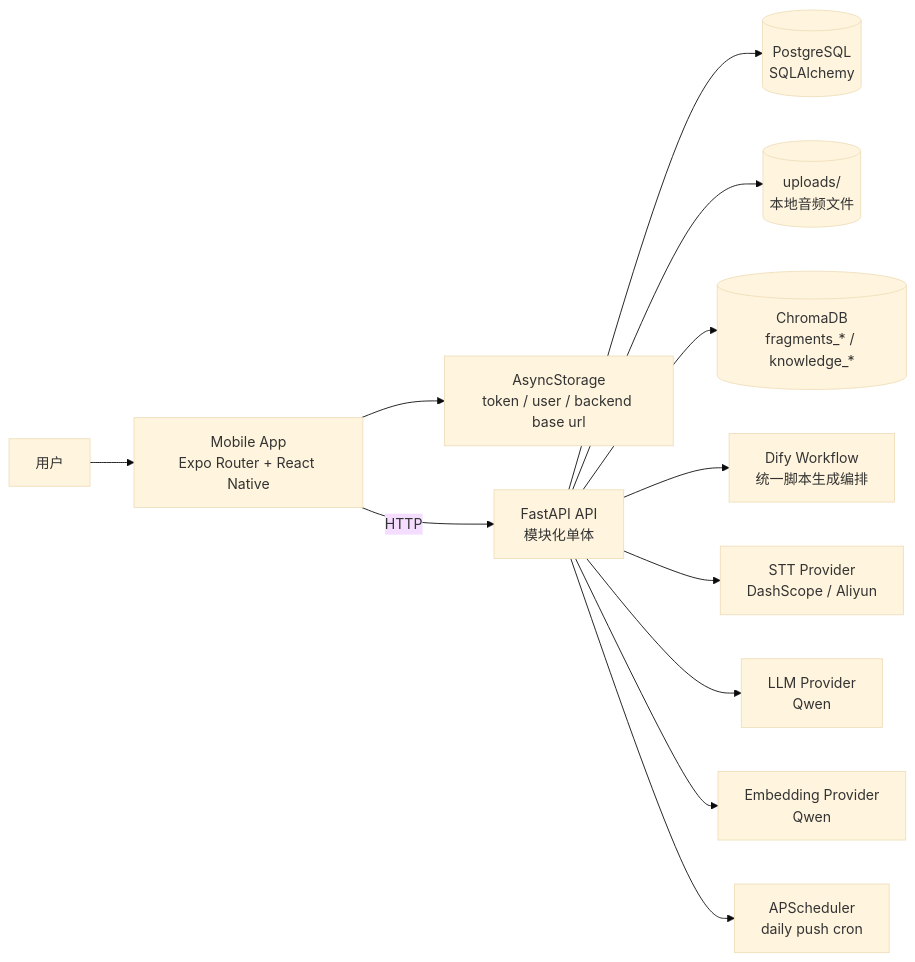
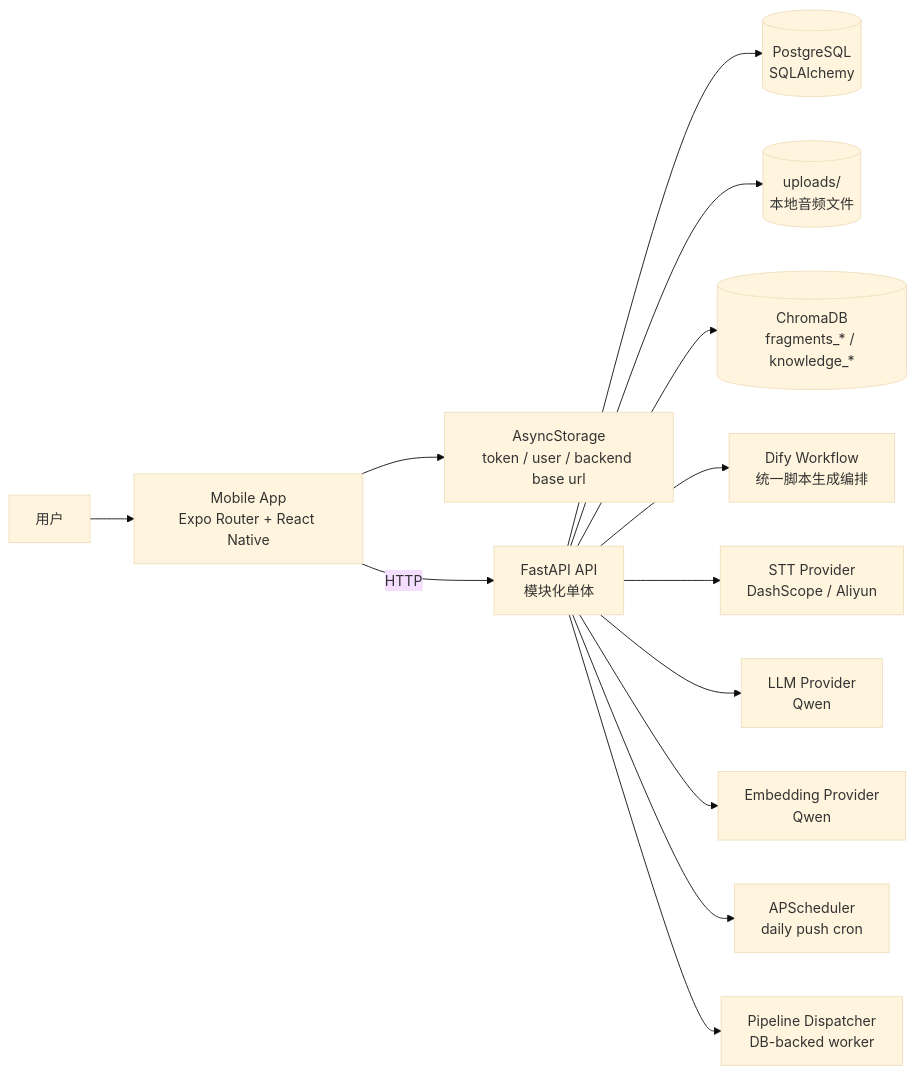
Before and after one commit to YCZA2/SparkFlow: the first of 9 diagrams in memory-bank/architecture.md, drawn with Mermaid (base theme). The commit also changed other lines of this file and 41 other files, not shown here.

````diff
--- a/memory-bank/architecture.md
+++ b/memory-bank/architecture.md
@@ -9,27 +9,29 @@
 ```mermaid
 flowchart LR
     U["用户"]
     M["Mobile App<br/>Expo Router + React Native"]
     S["AsyncStorage<br/>token / user / backend base url"]
     API["FastAPI API<br/>模块化单体"]
     DB[("PostgreSQL<br/>SQLAlchemy")]
     FS[("uploads/<user_id><br/>本地音频文件")]
     CHROMA[("ChromaDB<br/>fragments_* / knowledge_*")]
     DIFY["Dify Workflow<br/>统一脚本生成编排"]
     STT["STT Provider<br/>DashScope / Aliyun"]
     LLM["LLM Provider<br/>Qwen"]
     EMB["Embedding Provider<br/>Qwen"]
     SCH["APScheduler<br/>daily push cron"]
+    PIPE["Pipeline Dispatcher<br/>DB-backed worker"]
 
     U --> M
     M --> S
     M -->|HTTP| API
     API --> DB
     API --> FS
     API --> CHROMA
     API --> DIFY
     API --> STT
     API --> LLM
     API --> EMB
     API --> SCH
+    API --> PIPE
 ```
````
